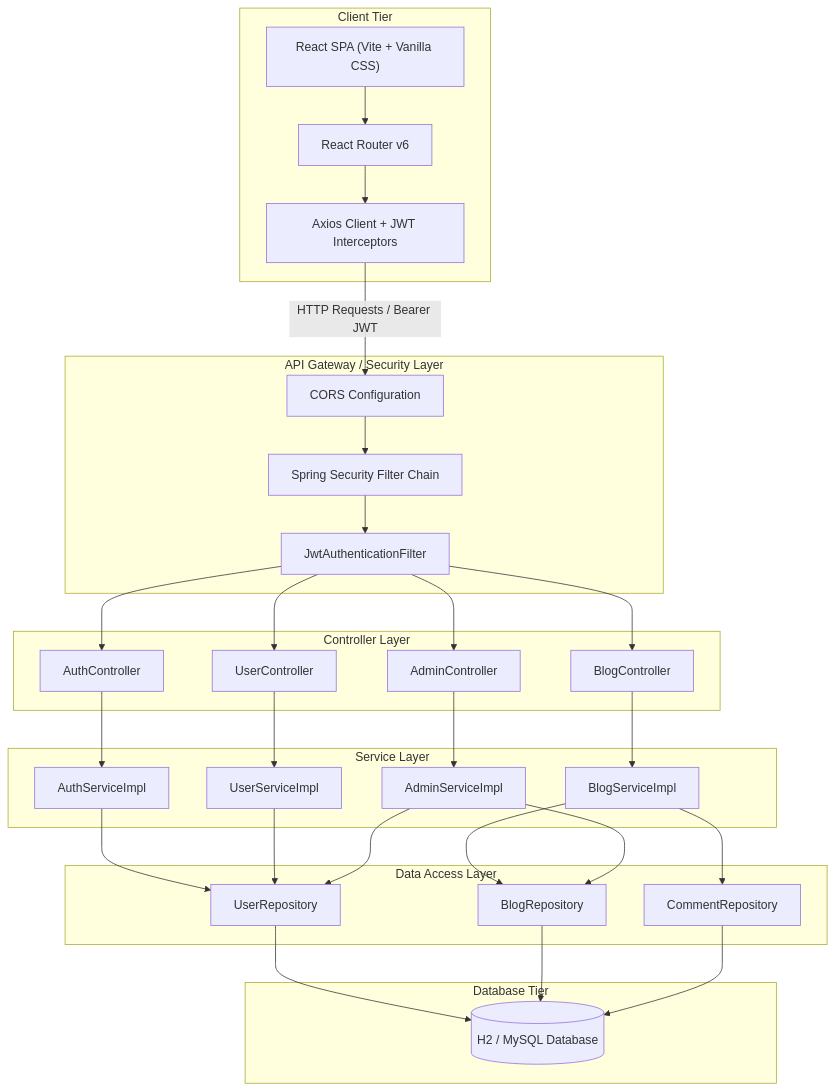
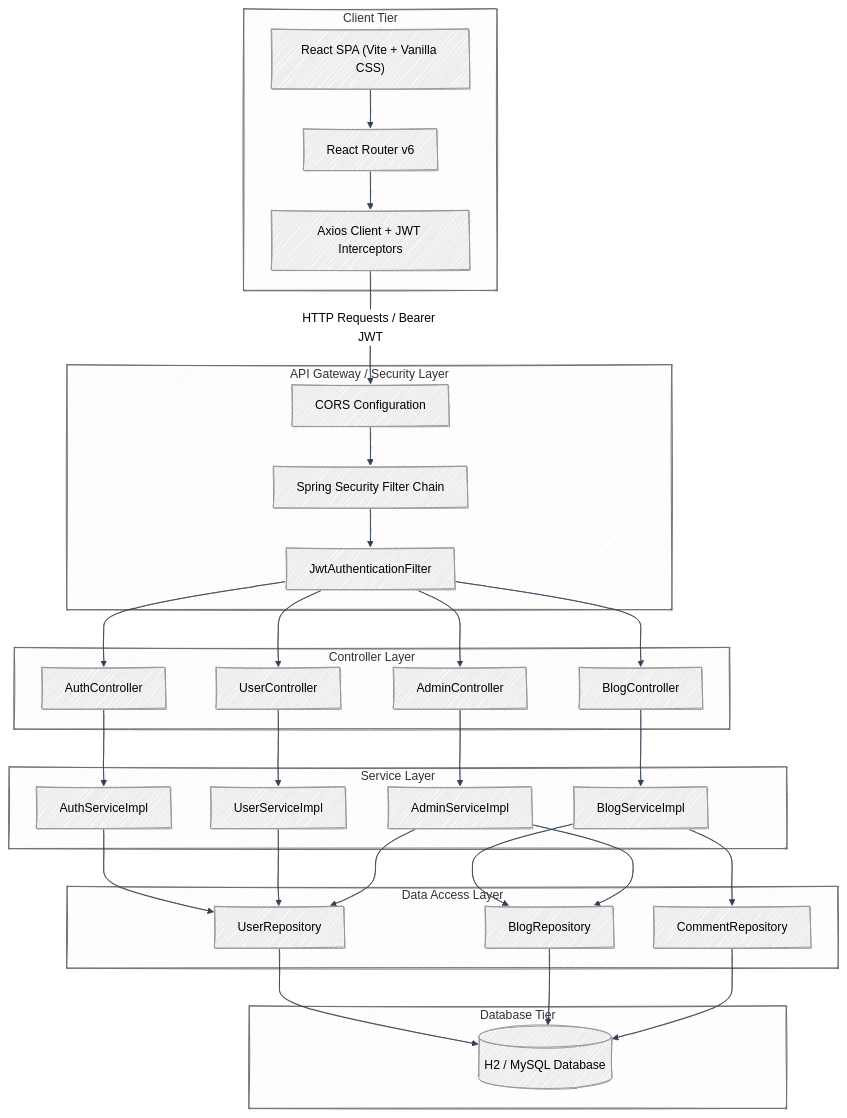
One commit to ravi2007415-eng/Blogging-Content-Publishing-Platform changed the diagram in docs/diagrams/architecture.md. Above: the diagram before and after it, drawn with Mermaid. The commit also changed other lines of this file and 11 other files, not shown here.

Commit message:
Update Class Diagram and ER Diagram to hand-drawn human sketch style

````diff
--- a/docs/diagrams/architecture.md
+++ b/docs/diagrams/architecture.md
@@ -3,59 +3,69 @@
 ```mermaid
+%%{init: {
+  'theme': 'neutral',
+  'look': 'handDrawn',
+  'themeVariables': {
+    'fontFamily': 'Architects Daughter, Caveat, Comic Sans MS, cursive',
+    'primaryColor': '#EEF2FF',
+    'primaryBorderColor': '#4F46E5',
+    'lineColor': '#334155'
+  }
+}}%%
 graph TD
     subgraph Client Tier
         UI["React SPA (Vite + Vanilla CSS)"]
         Router["React Router v6"]
         Axios["Axios Client + JWT Interceptors"]
     end
 
     subgraph API Gateway / Security Layer
         CORS["CORS Configuration"]
         SecFilter["Spring Security Filter Chain"]
         JWTFilter["JwtAuthenticationFilter"]
     end
 
     subgraph Controller Layer
         AuthCtrl["AuthController"]
         BlogCtrl["BlogController"]
         UserCtrl["UserController"]
         AdminCtrl["AdminController"]
     end
 
     subgraph Service Layer
         AuthSvc["AuthServiceImpl"]
         BlogSvc["BlogServiceImpl"]
         UserSvc["UserServiceImpl"]
         AdminSvc["AdminServiceImpl"]
     end
 
     subgraph Data Access Layer
         UserRepo["UserRepository"]
         BlogRepo["BlogRepository"]
         CommentRepo["CommentRepository"]
     end
 
     subgraph Database Tier
         DB[("H2 / MySQL Database")]
     end
 
     UI --> Router
     Router --> Axios
     Axios -->|HTTP Requests / Bearer JWT| CORS
     CORS --> SecFilter
     SecFilter --> JWTFilter
     JWTFilter --> AuthCtrl & BlogCtrl & UserCtrl & AdminCtrl
 
     AuthCtrl --> AuthSvc
     BlogCtrl --> BlogSvc
     UserCtrl --> UserSvc
     AdminCtrl --> AdminSvc
 
     AuthSvc --> UserRepo
     BlogSvc --> BlogRepo & CommentRepo
     UserSvc --> UserRepo
     AdminSvc --> UserRepo & BlogRepo
 
     UserRepo --> DB
     BlogRepo --> DB
     CommentRepo --> DB
 ```
````
